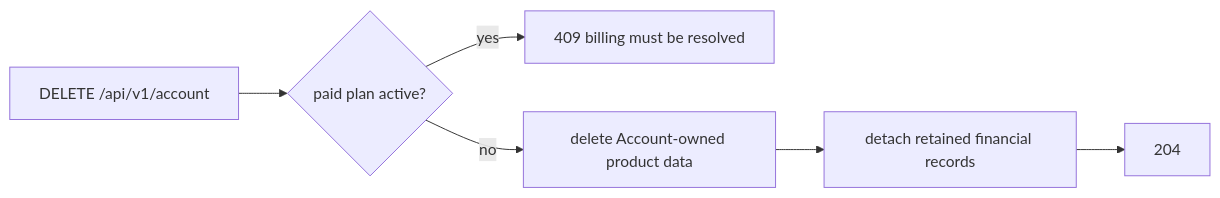
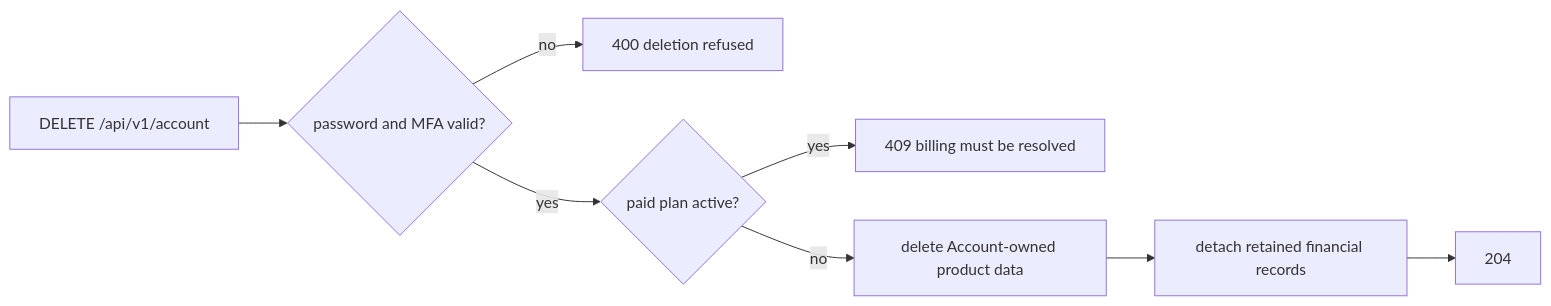
One commit to cognos-io/chat.cognos.io changed the diagram in docs/business_processes/account-delete.md. Above: the diagram before and after it, drawn with Mermaid. The commit also changed other lines of this file and 49 other files, not shown here.

````diff
--- a/docs/business_processes/account-delete.md
+++ b/docs/business_processes/account-delete.md
@@ -15,8 +20,10 @@
 ```mermaid
 flowchart LR
-  A[DELETE /api/v1/account] --> B{paid plan active?}
+  A[DELETE /api/v1/account] --> S{password and MFA valid?}
+  S -- no --> R[400 deletion refused]
+  S -- yes --> B{paid plan active?}
   B -- yes --> C[409 billing must be resolved]
   B -- no --> D[delete Account-owned product data]
   D --> E[detach retained financial records]
   E --> F[204]
 ```
````
